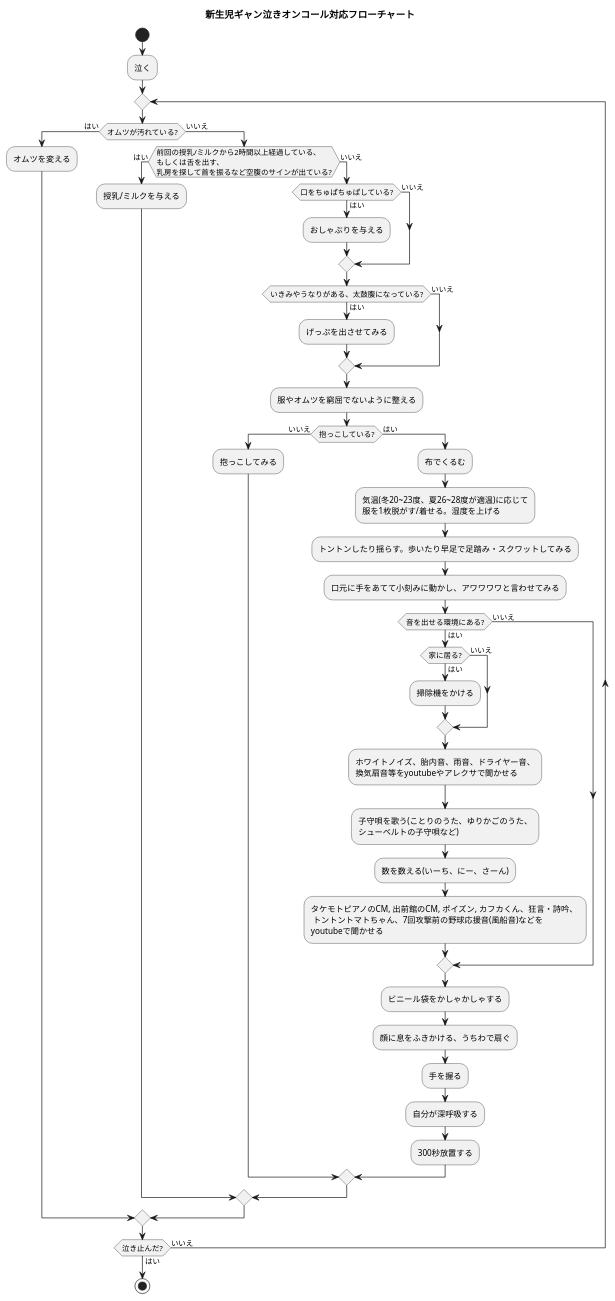
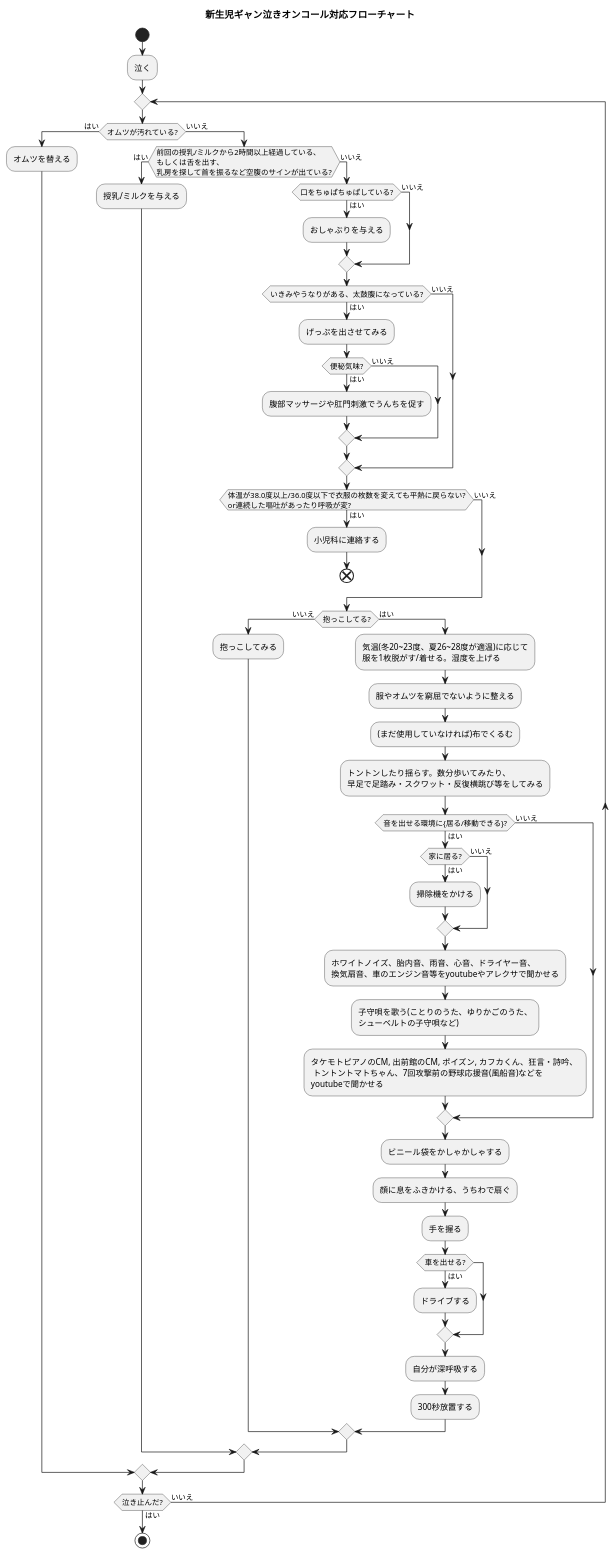
The diagram in flowchart.puml (dakimura/gyan-crying-oncall-playbook), drawn with PlantUML before and after one commit.

Commit message:
fix: レビューで指摘の多かった項目を修正

```diff
--- a/flowchart.puml
+++ b/flowchart.puml
@@ -1,54 +1,64 @@
 @startuml
 
 title 新生児ギャン泣きオンコール対応フローチャート
 start
 
 :泣く;
 
 repeat;
   if (オムツが汚れている?) then (はい)
-    :オムツを変える;
+    :オムツを替える;
   else (いいえ)
     if (前回の授乳/ミルクから2時間以上経過している、\nもしくは舌を出す、\n乳房を探して首を振るなど空腹のサインが出ている?) then (はい)
       :授乳/ミルクを与える;
     else (いいえ)
       if (口をちゅぱちゅぱしている?) then (はい)
         :おしゃぶりを与える;
       else (いいえ)
       endif
       if (いきみやうなりがある、太鼓腹になっている?) then (はい)
         :げっぷを出させてみる;
+        if (便秘気味?) then (はい)
+          :腹部マッサージや肛門刺激でうんちを促す;
+        else (いいえ)
+        endif
       else (いいえ)
       endif
-      :服やオムツを窮屈でないように整える;
-      if (抱っこしている?) then (いいえ)
+      if (体温が38.0度以上/36.0度以下で衣服の枚数を変えても平熱に戻らない?\nor連続した嘔吐があったり呼吸が変?) then (はい)
+        :小児科に連絡する;
+        end
+      else (いいえ)
+      endif
+      if (抱っこしてる?) then (いいえ)
         :抱っこしてみる;
       else (はい)
-        :布でくるむ;
         :気温(冬20~23度、夏26~28度が適温)に応じて\n服を1枚脱がす/着せる。湿度を上げる;
-        :トントンしたり揺らす。歩いたり早足で足踏み・スクワットしてみる;
-        :口元に手をあてて小刻みに動かし、アワワワワと言わせてみる;
-        if (音を出せる環境にある?) then (はい)
+        :服やオムツを窮屈でないように整える;
+        :(まだ使用していなければ)布でくるむ;
+        :トントンしたり揺らす。数分歩いてみたり、\n早足で足踏み・スクワット・反復横跳び等をしてみる;
+        if (音を出せる環境に{居る/移動できる}?) then (はい)
           if (家に居る?) then (はい)
             :掃除機をかける;
           else (いいえ)
           endif
-          :ホワイトノイズ、胎内音、雨音、ドライヤー音、\n換気扇音等をyoutubeやアレクサで聞かせる;
+          :ホワイトノイズ、胎内音、雨音、心音、ドライヤー音、\n換気扇音、車のエンジン音等をyoutubeやアレクサで聞かせる;
           :子守唄を歌う(ことりのうた、ゆりかごのうた、\nシューベルトの子守唄など);
-          :数を数える(いーち、にー、さーん);
           :タケモトピアノのCM, 出前館のCM, ポイズン, カフカくん、狂言・詩吟、 \n トントントマトちゃん、7回攻撃前の野球応援音(風船音)などを\nyoutubeで聞かせる;
         else (いいえ)
         endif
         :ビニール袋をかしゃかしゃする;
         :顔に息をふきかける、うちわで扇ぐ;
         :手を握る;
+        if (車を出せる?) then (はい)
+          :ドライブする;
+        endif
         :自分が深呼吸する;
         :300秒放置する;
       endif
     endif
   endif
 repeat while (泣き止んだ?) is (いいえ) not (はい)
 
 stop
 
 @enduml
```
